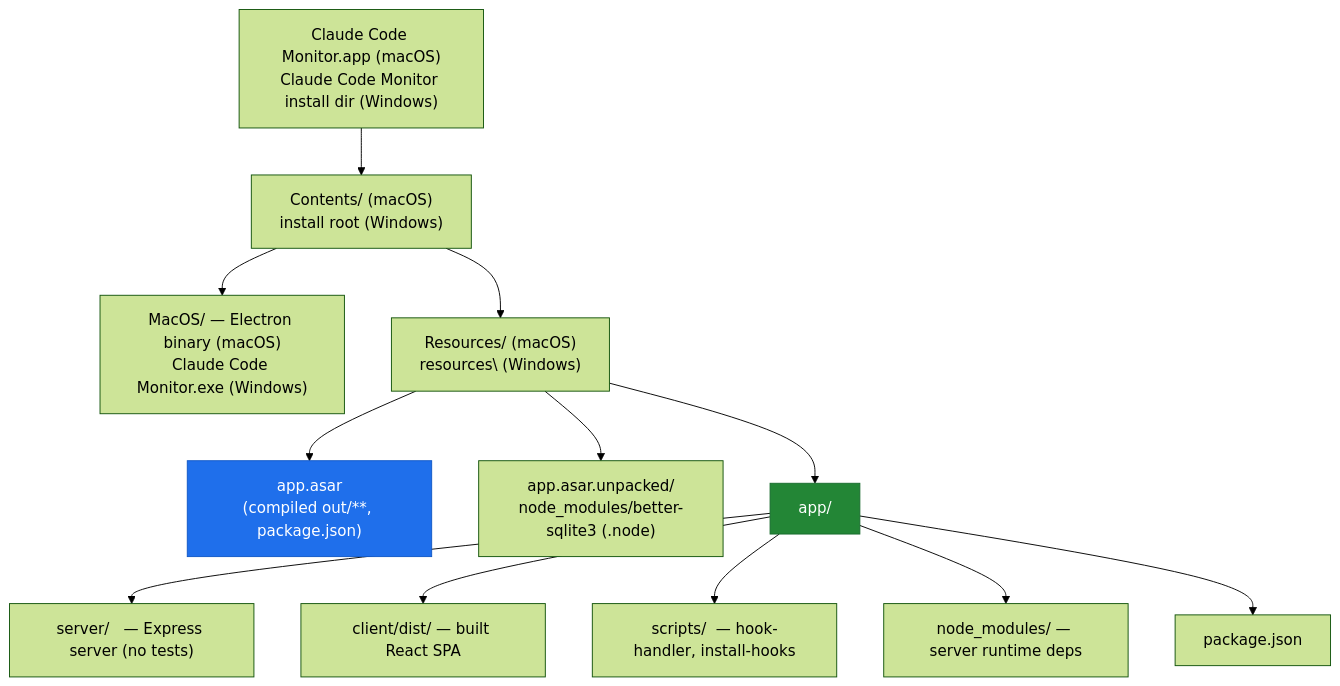
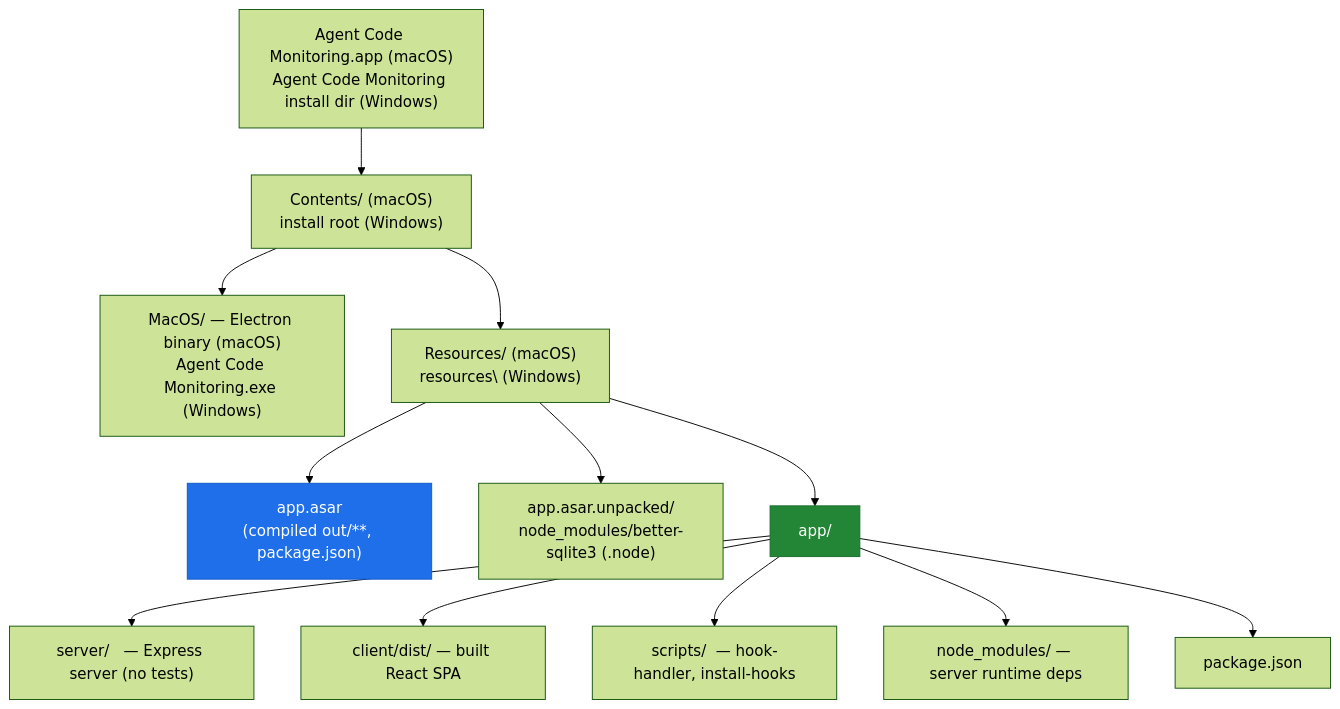
Diagram 40 of 48 in ARCHITECTURE.md (billphamhypertek/agent-code-monitoring), drawn with Mermaid (forest theme) before and after one commit. The commit also changed other lines of this file and 53 other files, not shown here.

````diff
--- a/ARCHITECTURE.md
+++ b/ARCHITECTURE.md
@@ -2394,18 +2394,18 @@
 ```mermaid
 flowchart TD
-    appbundle["Claude Code Monitor.app (macOS)<br/>Claude Code Monitor install dir (Windows)"]
+    appbundle["Agent Code Monitoring.app (macOS)<br/>Agent Code Monitoring install dir (Windows)"]
     appbundle --> contents["Contents/ (macOS)<br/>install root (Windows)"]
-    contents --> macos["MacOS/ — Electron binary (macOS)<br/>Claude Code Monitor.exe (Windows)"]
+    contents --> macos["MacOS/ — Electron binary (macOS)<br/>Agent Code Monitoring.exe (Windows)"]
     contents --> res["Resources/ (macOS)<br/>resources\ (Windows)"]
     res --> asar["app.asar<br/>(compiled out/**, package.json)"]
     res --> unpacked["app.asar.unpacked/<br/>node_modules/better-sqlite3 (.node)"]
     res --> appdir["app/"]
     appdir --> a1["server/   — Express server (no tests)"]
     appdir --> a2["client/dist/ — built React SPA"]
     appdir --> a3["scripts/  — hook-handler, install-hooks"]
     appdir --> a4["node_modules/ — server runtime deps"]
     appdir --> a5["package.json"]
 
     style asar fill:#1f6feb,stroke:#1158c7,color:#fff
     style appdir fill:#238636,stroke:#196c2e,color:#fff
 ```
````
